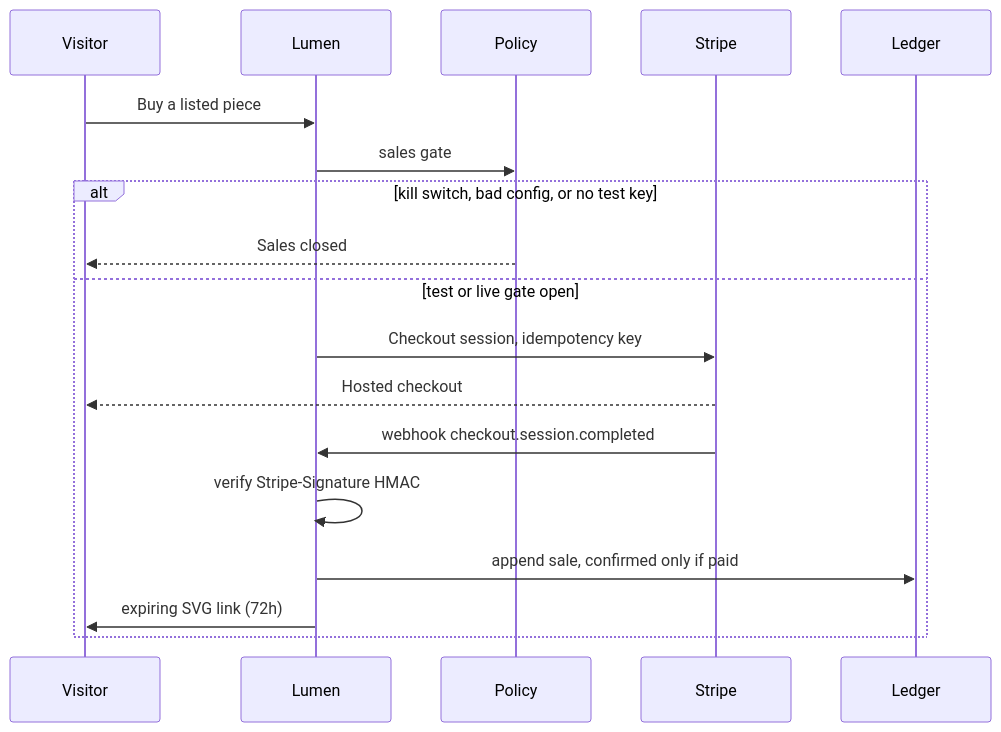
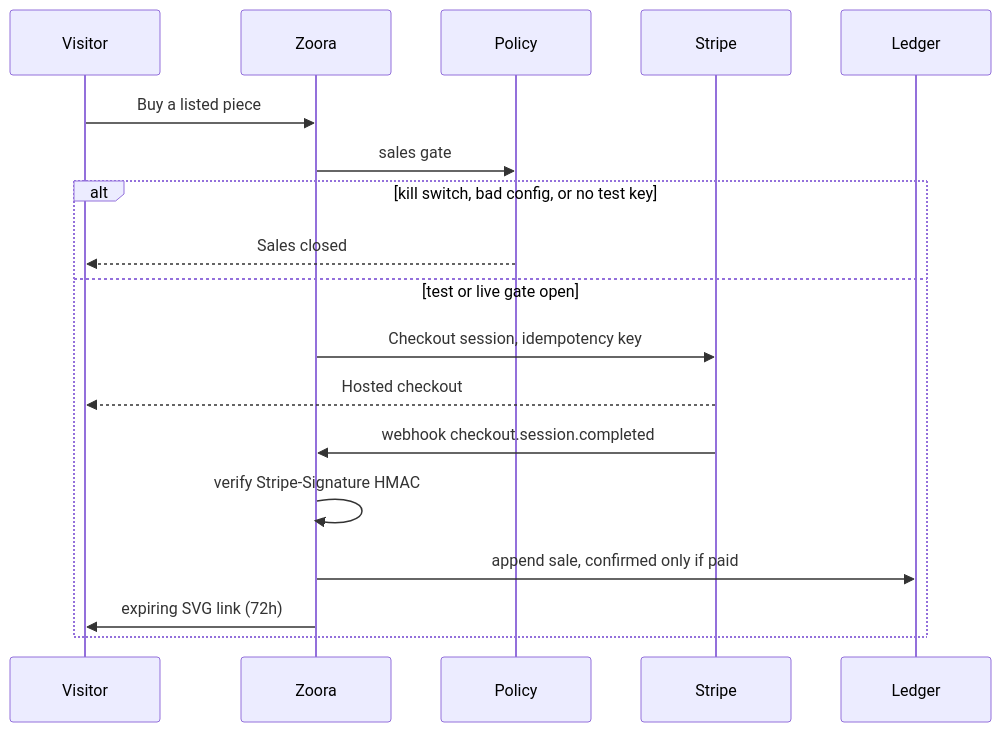
Before and after one commit to BuildWithAAI/buildwithAAI: the first of 2 diagrams in projects/lumen/docs/PAYMENT_FLOW.md, drawn with Mermaid. The commit also changed other lines of this file and 20 other files, not shown here.

First line of the commit message:
Rename the jellyfish character from Lumen to Zoora.

````diff
--- a/projects/lumen/docs/PAYMENT_FLOW.md
+++ b/projects/lumen/docs/PAYMENT_FLOW.md
@@ -9,20 +9,20 @@
 ```mermaid
 sequenceDiagram
   participant Visitor
-  participant Lumen
+  participant Zoora
   participant Policy
   participant Stripe
   participant Ledger
-  Visitor->>Lumen: Buy a listed piece
-  Lumen->>Policy: sales gate
+  Visitor->>Zoora: Buy a listed piece
+  Zoora->>Policy: sales gate
   alt kill switch, bad config, or no test key
     Policy-->>Visitor: Sales closed
   else test or live gate open
-    Lumen->>Stripe: Checkout session, idempotency key
+    Zoora->>Stripe: Checkout session, idempotency key
     Stripe-->>Visitor: Hosted checkout
-    Stripe->>Lumen: webhook checkout.session.completed
-    Lumen->>Lumen: verify Stripe-Signature HMAC
-    Lumen->>Ledger: append sale, confirmed only if paid
-    Lumen->>Visitor: expiring SVG link (72h)
+    Stripe->>Zoora: webhook checkout.session.completed
+    Zoora->>Zoora: verify Stripe-Signature HMAC
+    Zoora->>Ledger: append sale, confirmed only if paid
+    Zoora->>Visitor: expiring SVG link (72h)
   end
 ```
````
